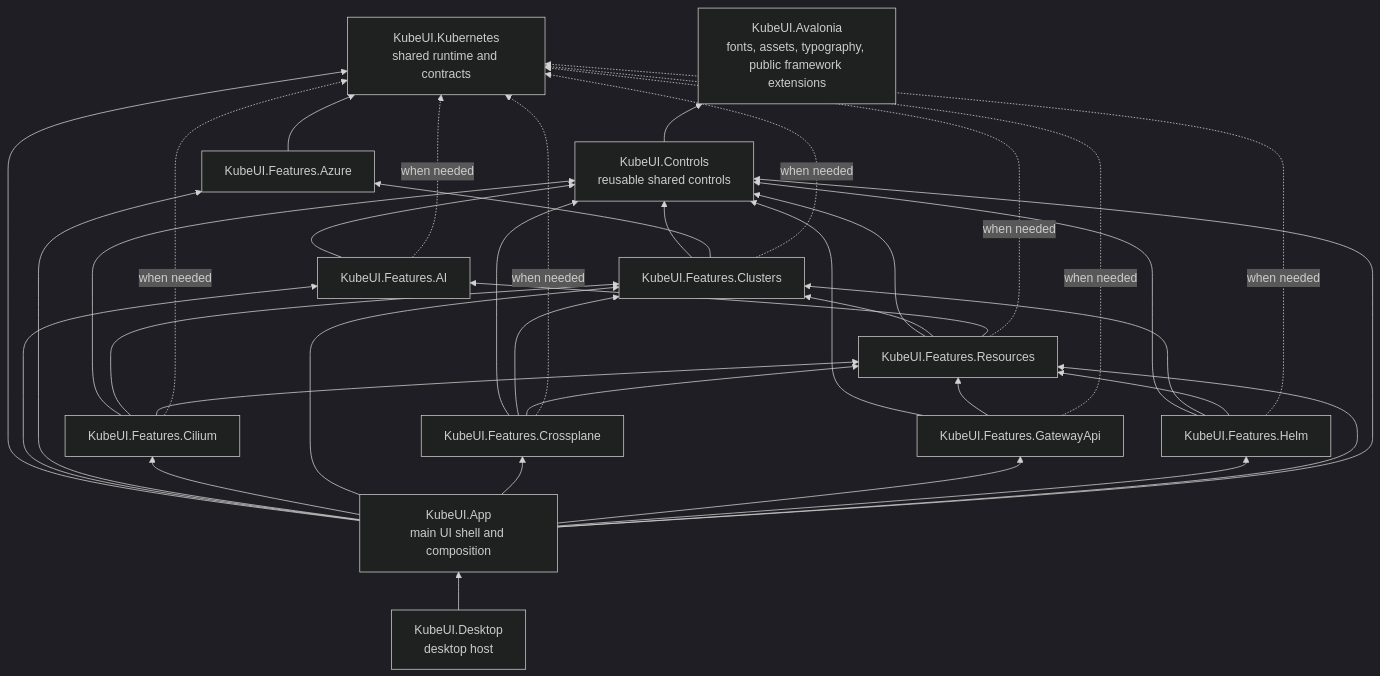
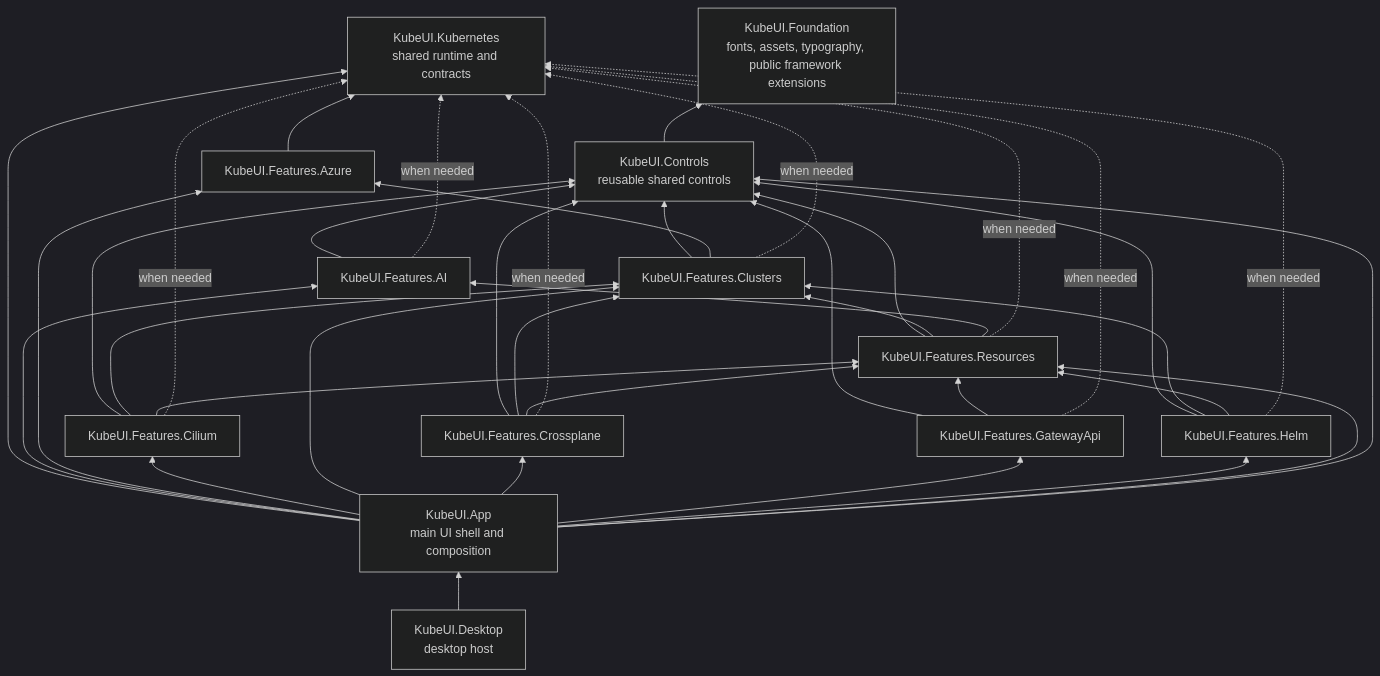
Before and after one commit to IvanJosipovic/KubeUI: the diagram in docs/architecture/avalonia-project-structure-plan.md, drawn with Mermaid (dark theme). The commit also changed other lines of this file and 341 other files, not shown here.

````diff
--- a/docs/architecture/avalonia-project-structure-plan.md
+++ b/docs/architecture/avalonia-project-structure-plan.md
@@ -36,54 +38,54 @@
 ```mermaid
 flowchart BT
     Desktop["KubeUI.Desktop<br/>desktop host"]
     App["KubeUI.App<br/>main UI shell and composition"]
-    Foundation["KubeUI.Avalonia<br/>fonts, assets, typography, public framework extensions"]
+    Foundation["KubeUI.Foundation<br/>fonts, assets, typography, public framework extensions"]
     Controls["KubeUI.Controls<br/>reusable shared controls"]
     AI["KubeUI.Features.AI"]
     Azure["KubeUI.Features.Azure"]
     Cilium["KubeUI.Features.Cilium"]
     Clusters["KubeUI.Features.Clusters"]
     Crossplane["KubeUI.Features.Crossplane"]
     GatewayApi["KubeUI.Features.GatewayApi"]
     Helm["KubeUI.Features.Helm"]
     Resources["KubeUI.Features.Resources"]
     Kubernetes["KubeUI.Kubernetes<br/>shared runtime and contracts"]
 
     Desktop --> App
     App --> Kubernetes
     App --> AI
     App --> Azure
     App --> Cilium
     App --> Clusters
     App --> Crossplane
     App --> GatewayApi
     App --> Helm
     App --> Resources
     App --> Controls
     AI --> Controls
     Cilium --> Controls
     Cilium --> Clusters
     Cilium --> Resources
     Crossplane --> Controls
     Crossplane --> Clusters
     Crossplane --> Resources
     GatewayApi --> Controls
     GatewayApi --> Resources
     Helm --> Controls
     Helm --> Clusters
     Helm --> Resources
     Resources --> Controls
     Resources --> Clusters
     Resources --> AI
     Clusters --> Controls
     Clusters --> Azure
     Azure --> Kubernetes
     AI -.->|when needed| Kubernetes
     Cilium -.->|when needed| Kubernetes
     Clusters -.->|when needed| Kubernetes
     Crossplane -.->|when needed| Kubernetes
     GatewayApi -.->|when needed| Kubernetes
     Helm -.->|when needed| Kubernetes
     Resources -.->|when needed| Kubernetes
     Controls --> Foundation
 ```
````
